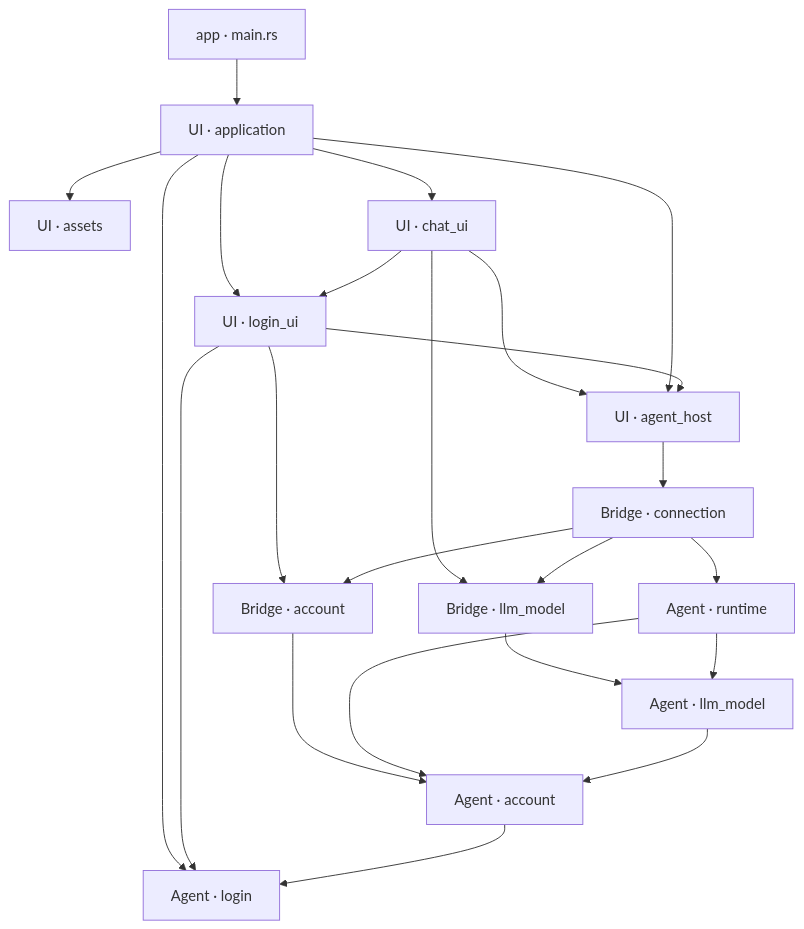
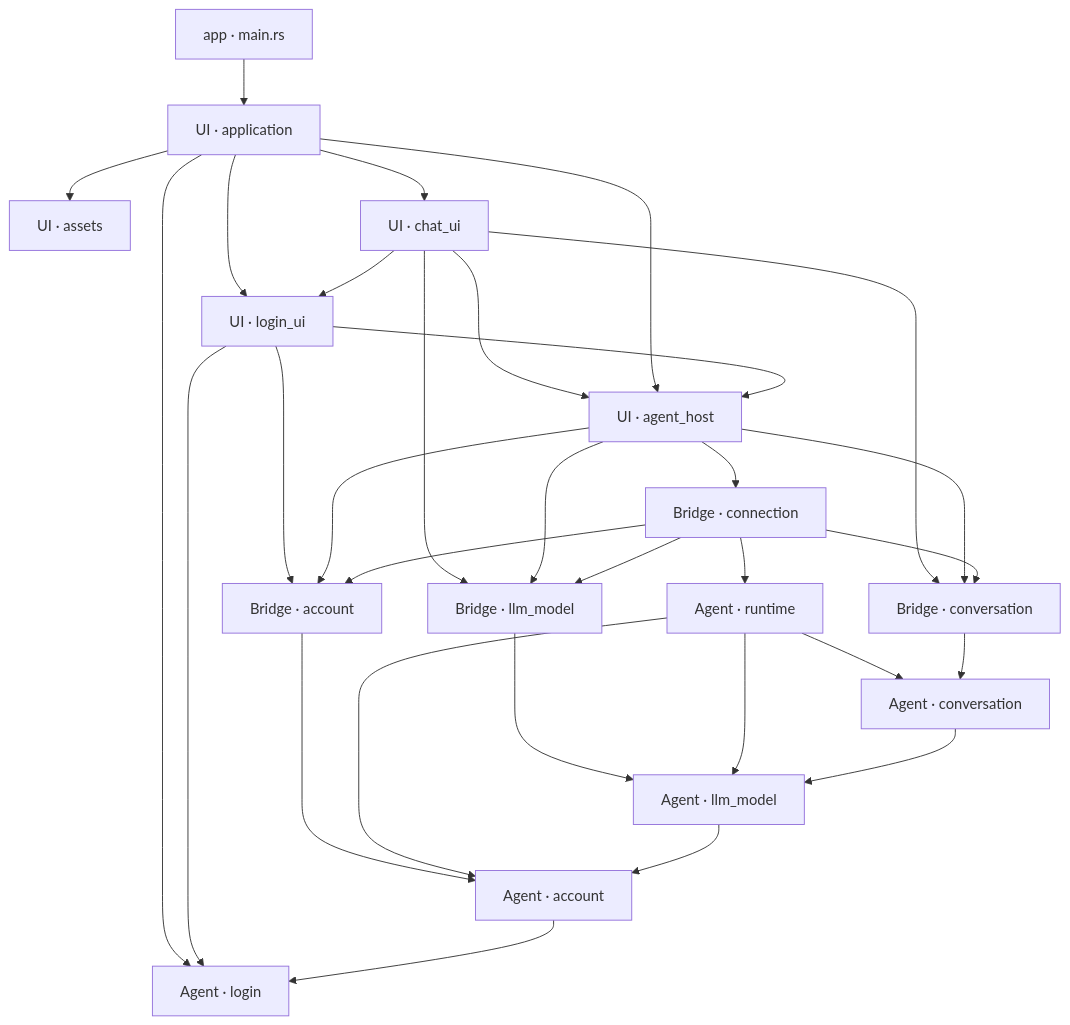
The first of 3 diagrams in docs/design/architecture.md (slc90/Agentelier), drawn with Mermaid before and after one commit. The commit also changed other lines of this file and 32 other files, not shown here.

First line of the commit message:
Stream the first chat turn through an owned conversation

````diff
--- a/docs/design/architecture.md
+++ b/docs/design/architecture.md
@@ -26,25 +28,33 @@
 ```mermaid
 flowchart TD
     Entry["app · main.rs"] --> App["UI · application"]
     App --> UI["UI · login_ui"]
     App --> Assets["UI · assets"]
     App --> Login["Agent · login"]
     UI --> Login
     App --> ChatUI["UI · chat_ui"]
     ChatUI --> UI
     ChatUI --> Host
     App --> Host["UI · agent_host"]
     UI --> Host
     Host --> Connection["Bridge · connection"]
     UI --> AccountBridge["Bridge · account"]
     ChatUI --> ModelBridge["Bridge · llm_model"]
+    ChatUI --> ConversationBridge["Bridge · conversation"]
+    Host --> AccountBridge
+    Host --> ModelBridge
+    Host --> ConversationBridge
     Connection --> Runtime["Agent · runtime"]
     Connection --> AccountBridge
     Connection --> ModelBridge
+    Connection --> ConversationBridge
     AccountBridge --> Account["Agent · account"]
     ModelBridge --> Model["Agent · llm_model"]
     Runtime --> Account
     Runtime --> Model
+    Runtime --> Conversation["Agent · conversation"]
+    Conversation --> Model
+    ConversationBridge --> Conversation
     Model --> Account
     Account --> Login
 ```
````
